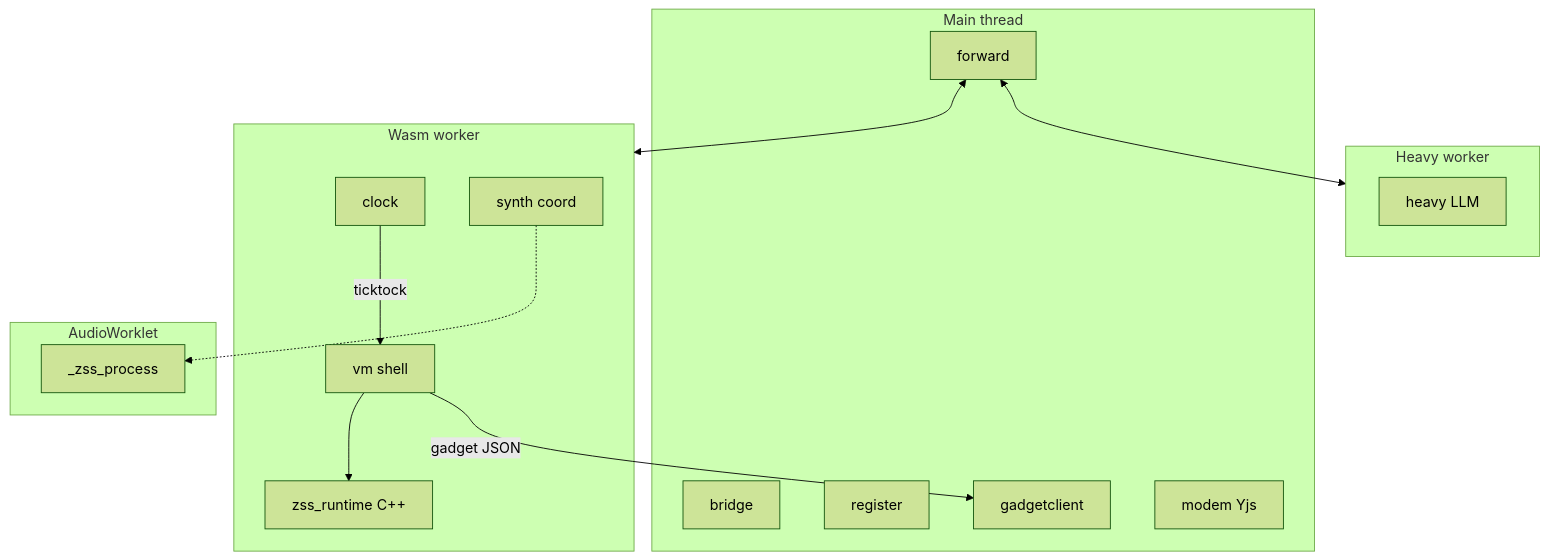
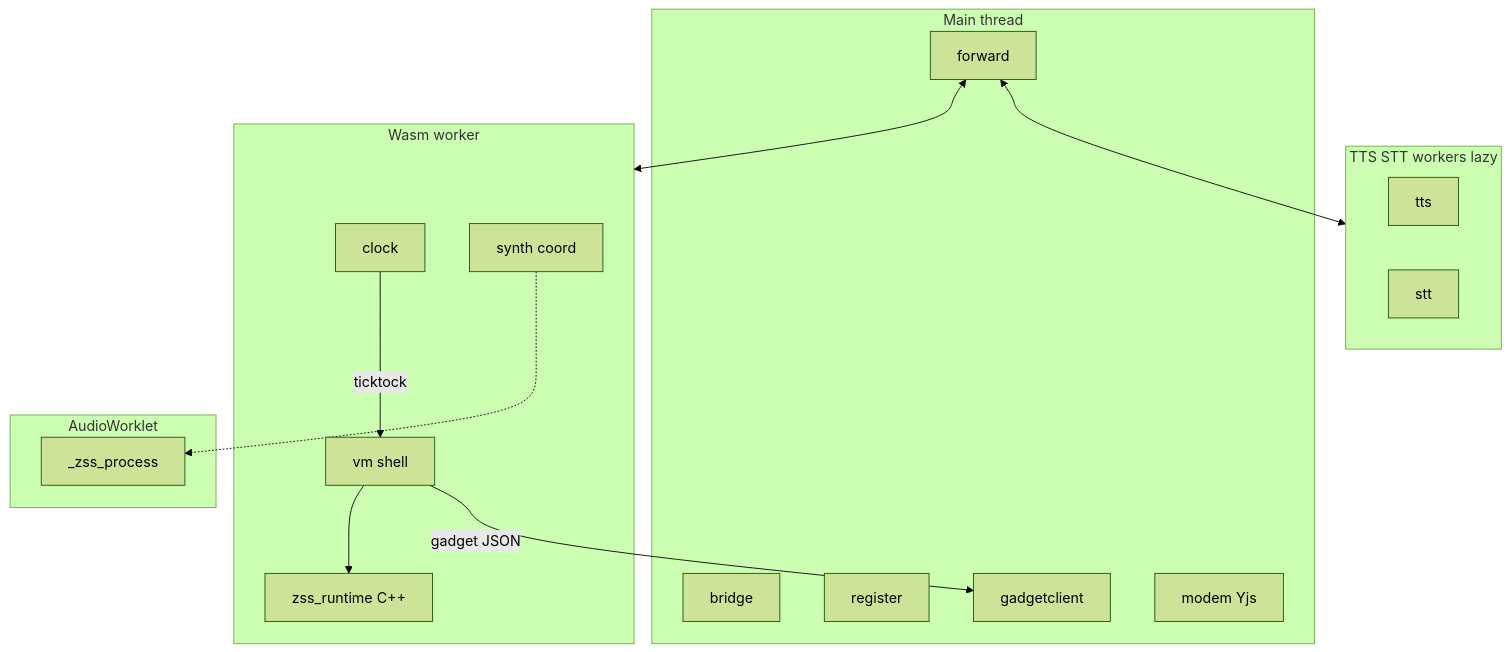
One commit to goldbuick/zed-software-system changed the diagram in ops/docs/wasm-sim-port.md. Above: the diagram before and after it, drawn with Mermaid (forest theme). The commit also changed other lines of this file and 21 other files, not shown here.

````diff
--- a/ops/docs/wasm-sim-port.md
+++ b/ops/docs/wasm-sim-port.md
@@ -138,32 +138,33 @@
 ```mermaid
 flowchart TB
   subgraph main [Main thread]
     Bridge[bridge]
     Register[register]
     Gadget[gadgetclient]
     Modem[modem Yjs]
     Forward[forward]
   end
 
   subgraph wasmW [Wasm worker]
     Clock[clock]
     Vm[vm shell]
     Synth[synth coord]
     Runtime[zss_runtime C++]
     Vm --> Runtime
     Clock -->|ticktock| Vm
   end
 
-  subgraph heavyW [Heavy worker]
-    Heavy[heavy LLM]
+  subgraph inferW [TTS STT workers lazy]
+    TTS[tts]
+    STT[stt]
   end
 
   subgraph aw [AudioWorklet]
     DSP[_zss_process]
   end
 
   Forward <--> wasmW
-  Forward <--> heavyW
+  Forward <--> inferW
   Synth -.-> DSP
   Vm -->|gadget JSON| Gadget
 ```
````
